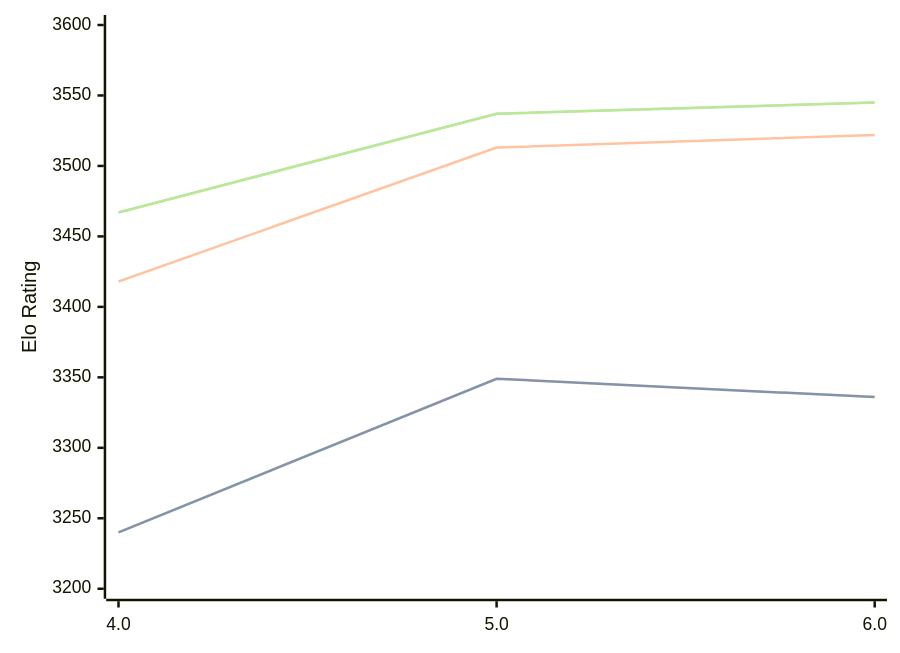
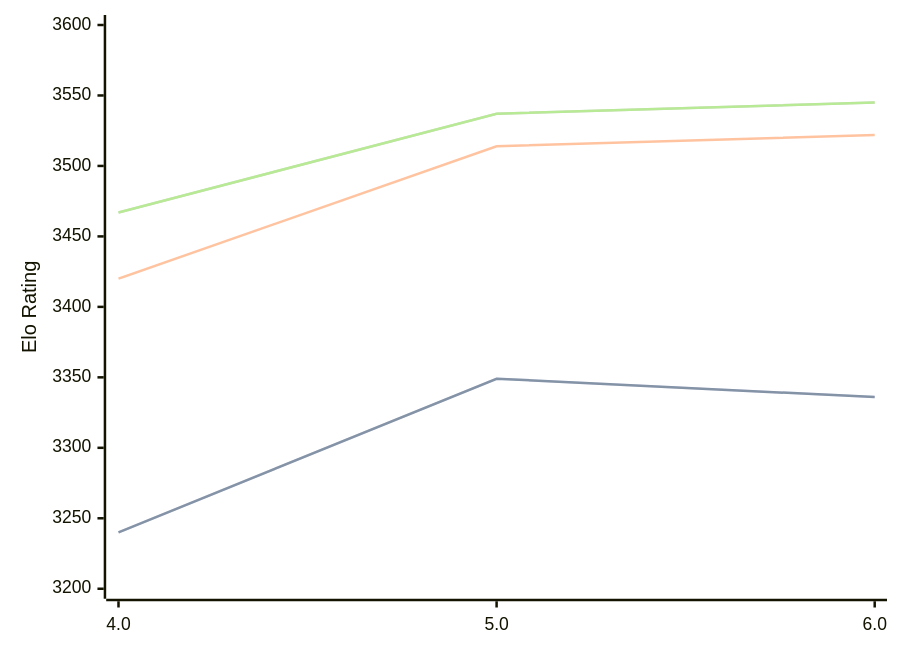
The diagram in engines/Tarnished.md (computer-chess-index/cci), drawn with Mermaid before and after one commit. The commit also changed other lines of this file, not shown here.

````diff
--- a/engines/Tarnished.md
+++ b/engines/Tarnished.md
@@ -37,11 +37,11 @@
 ```mermaid
 %%{init: {"theme":"base","themeVariables":{"seriesColors:['#a3a3a3','#222221','#faa371']}}}%%
 xychart-beta
   x-axis ["4.0", "5.0", "6.0"]
   y-axis "Elo Rating" 3200 --> 3600
   line "STC (8.0+0.08s)" [3240, 3349, 3336]
   line "STC (8.0+0.08s)" [3240, 3349, 3336]
-  line "LTC (60.0+0.60s)" [3418, 3513, 3522]
+  line "LTC (60.0+0.60s)" [3420, 3514, 3522]
   line "VLTC (2m24s+1.12s)" [3467, 3537, 3545]
   line "VLTC (2m24s+1.12s)" [3467, 3537, 3545]
 ```
````
